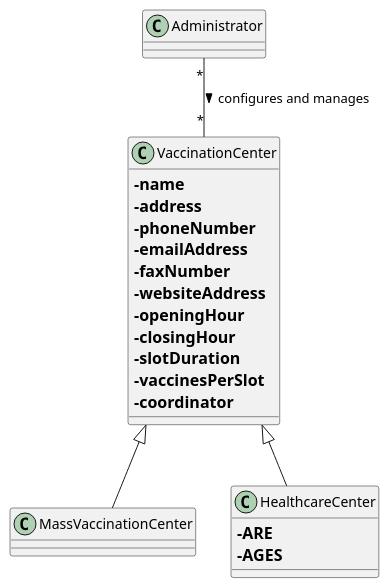
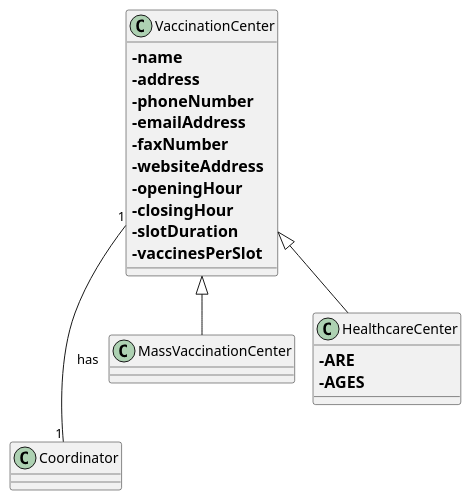
One commit to Pirussa/lei-22-s2-1da-g02 changed the diagram in docs/SprintB/US009/US009_MD.puml. Above: the diagram before and after it, drawn with PlantUML. The commit also changed 3 other files, not shown here.

```diff
--- a/docs/SprintB/US009/US009_MD.puml
+++ b/docs/SprintB/US009/US009_MD.puml
@@ -1,33 +1,31 @@
 @startuml
 'https://plantuml.com/class-diagram
-
-class Administrator{
-
-}
+!pragma layout smetana
 
 class VaccinationCenter{
 ==-name
 ==-address
 ==-phoneNumber
 ==-emailAddress
 ==-faxNumber
 ==-websiteAddress
 ==-openingHour
 ==-closingHour
 ==-slotDuration
 ==-vaccinesPerSlot
-==-coordinator
 }
 
-Administrator "*" -- "*" VaccinationCenter : configures and manages >
+class Coordinator
 
 class MassVaccinationCenter extends VaccinationCenter{
 
 }
 
 class HealthcareCenter extends VaccinationCenter{
 ==-ARE
 ==-AGES
 }
 
+VaccinationCenter "1" --- "1" Coordinator: has
+
 @enduml
```
